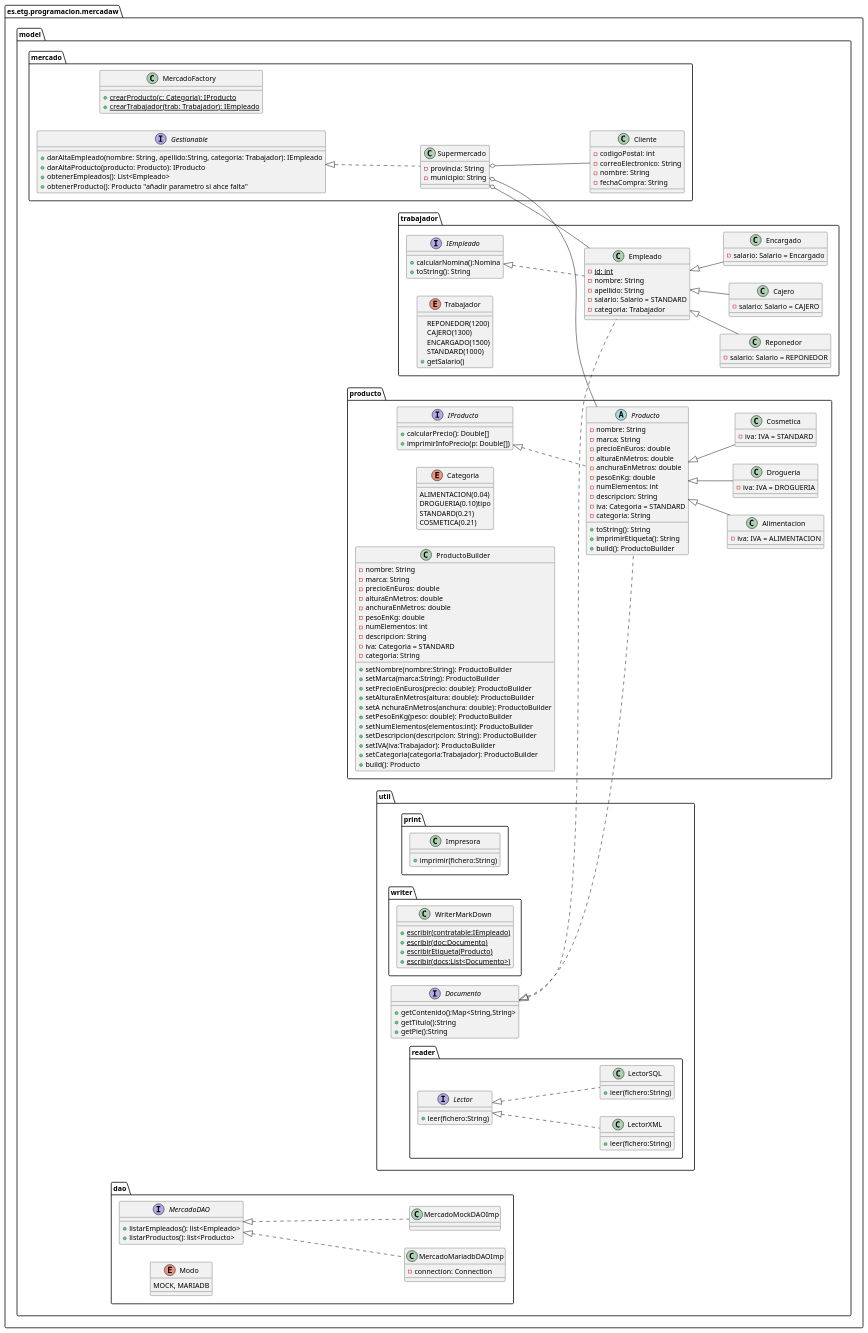
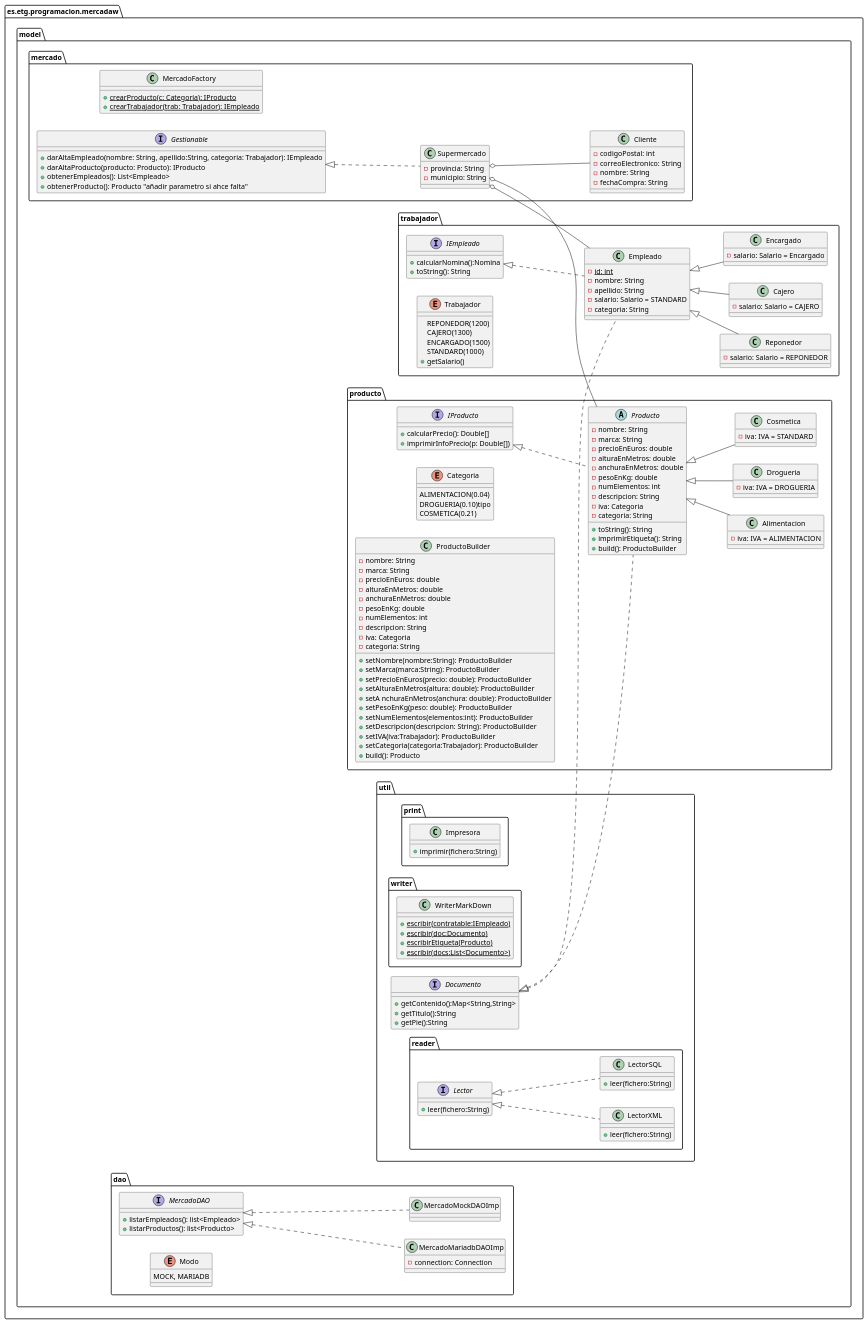
Before and after one commit to Edsonbs/MercaDAW: the first of 2 diagrams in design/DiagramaClases.pu, drawn with PlantUML.

Commit message:
correcciones

```diff
--- a/design/DiagramaClases.pu
+++ b/design/DiagramaClases.pu
@@ -1,198 +1,197 @@
 @startuml Diagrama clases Mercado
 set separator none
 left to right direction
 package es.etg.programacion.mercadaw{
     package model{
         package mercado{
             class Supermercado{
                     -provincia: String
                     -municipio: String
             }       
 
             
             class Cliente{
                 -codigoPostal: int
                 -correoElectronico: String
                 -nombre: String
                 -fechaCompra: String
             }
             
             
             class MercadoFactory{
                 +{static}crearProducto(c: Categoria): IProducto
                 +{static}crearTrabajador(trab: Trabajador): IEmpleado
             }
             interface Gestionable{
                 +darAltaEmpleado(nombre: String, apellido:String, categoria: Trabajador): IEmpleado
                 +darAltaProducto(producto: Producto): IProducto
                 +obtenerEmpleados(): List<Empleado>
                 +obtenerProducto(): Producto "añadir parametro si ahce falta"
 
             }
         }
         package producto{
             abstract Producto{
                 -nombre: String
                 -marca: String
                 -precioEnEuros: double
                 -alturaEnMetros: double
                 -anchuraEnMetros: double
                 -pesoEnKg: double
                 -numElementos: int
                 -descripcion: String
-                -iva: Categoria = STANDARD
+                -iva: Categoria
                 -categoria: String
                 +toString(): String
                 +imprimirEtiqueta(): String
                 +build(): ProductoBuilder
             }
 
             interface IProducto{
                 +calcularPrecio(): Double[]
                 +imprimirInfoPrecio(p: Double[])
             }
                 
             class Alimentacion{
                 -iva: IVA = ALIMENTACION
             }
             class Drogueria{
                 -iva: IVA = DROGUERIA
             }
 
             class Cosmetica{
                 -iva: IVA = STANDARD
             }
             enum Categoria{
                 ALIMENTACION(0.04)
                 DROGUERIA(0.10)tipo
-                STANDARD(0.21)
                 COSMETICA(0.21)
 
             }
             class ProductoBuilder{
                 -nombre: String
                 -marca: String
                 -precioEnEuros: double
                 -alturaEnMetros: double
                 -anchuraEnMetros: double
                 -pesoEnKg: double
                 -numElementos: int
                 -descripcion: String
-                -iva: Categoria = STANDARD
+                -iva: Categoria
                 -categoria: String
                 +setNombre(nombre:String): ProductoBuilder
                 +setMarca(marca:String): ProductoBuilder
                 +setPrecioEnEuros(precio: double): ProductoBuilder
                 +setAlturaEnMetros(altura: double): ProductoBuilder
                 +setA nchuraEnMetros(anchura: double): ProductoBuilder
                 +setPesoEnKg(peso: double): ProductoBuilder
                 +setNumElementos(elementos:int): ProductoBuilder
                 +setDescripcion(descripcion: String): ProductoBuilder
                 +setIVA(iva:Trabajador): ProductoBuilder
                 +setCategoria(categoria:Trabajador): ProductoBuilder
                 +build(): Producto
             }
         }
         package trabajador{
             class Empleado{
                 -{static} id: int
                 -nombre: String
                 -apellido: String
                 -salario: Salario = STANDARD
-                -categoria: Trabajador
+                -categoria: String
             }
             class Reponedor{
                 -salario: Salario = REPONEDOR
             }
             class Cajero{
                 -salario: Salario = CAJERO
             }
             class Encargado{
                 -salario: Salario = Encargado
             }
 
             interface IEmpleado{
                 +calcularNomina():Nomina
                 +toString(): String
             }
             enum Trabajador {
                 REPONEDOR(1200)
                 CAJERO(1300)
                 ENCARGADO(1500)
                 STANDARD(1000)
                 +getSalario()
             }
             }
         
         package util{
             interface Documento{
                 +getContenido():Map<String,String>
                 +getTitulo():String
                 +getPie():String
             }
         package print{
             class Impresora{
                 +imprimir(fichero:String)
             }
             }
         package writer{
             class WriterMarkDown{
                 +{static}escribir(contratable:IEmpleado)
                 +{static}escribir(doc:Documento)
                 +{static}escribirEtiqueta(Producto)
                 +{static}escribir(docs:List<Documento>)
                 }
             }
         package reader{
             interface Lector{
                 +leer(fichero:String)
             }
             class LectorXML{
                 +leer(fichero:String)
             }
             class LectorSQL{
                 +leer(fichero:String)
             }
                 Lector <|.. LectorXML
                 Lector <|.. LectorSQL
             }
         Documento <|.. Producto
         Documento <|.. Empleado
         }
         package dao{
             interface MercadoDAO{
                 +listarEmpleados(): list<Empleado>
                 +listarProductos(): list<Producto>
 
             }
             class MercadoMariadbDAOImp{
                 -connection: Connection
             }
             class MercadoMockDAOImp{
 
             }
             enum Modo{
                 MOCK, MARIADB
             }
         
         MercadoDAO <|.. MercadoMariadbDAOImp
         MercadoDAO <|.. MercadoMockDAOImp
         }   
     }
 } 
 
 Supermercado o-- Producto
 Supermercado o-- Empleado
 Supermercado o-- Cliente
 IProducto <|.. Producto
 Producto <|-- Alimentacion
 Producto <|-- Drogueria
 Producto <|-- Cosmetica
 Empleado <|-- Reponedor
 Empleado <|-- Cajero
 Empleado <|-- Encargado
 Gestionable <|.. Supermercado
 IEmpleado <|.. Empleado
 
 
 @enduml
```
